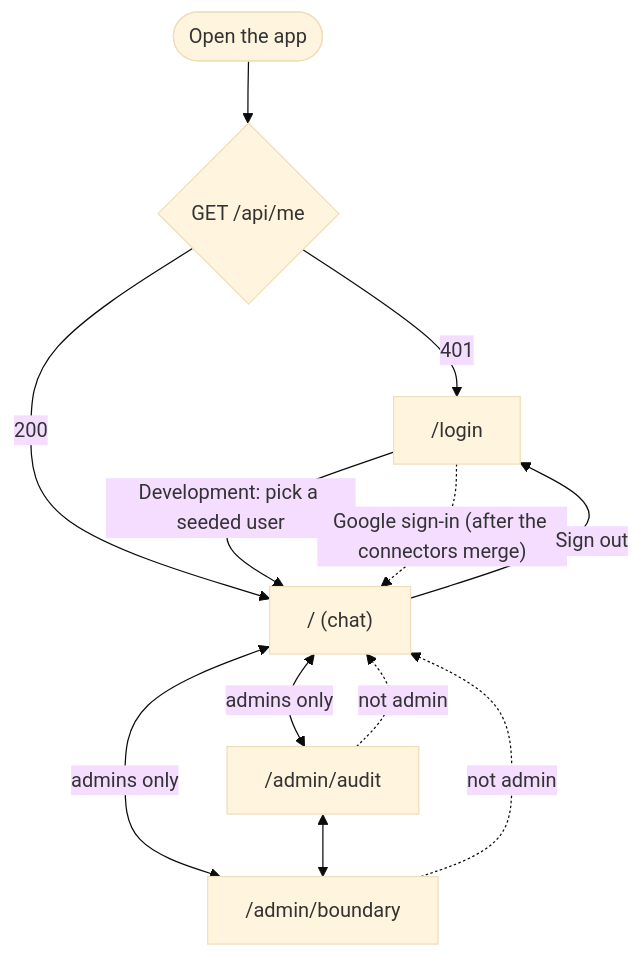
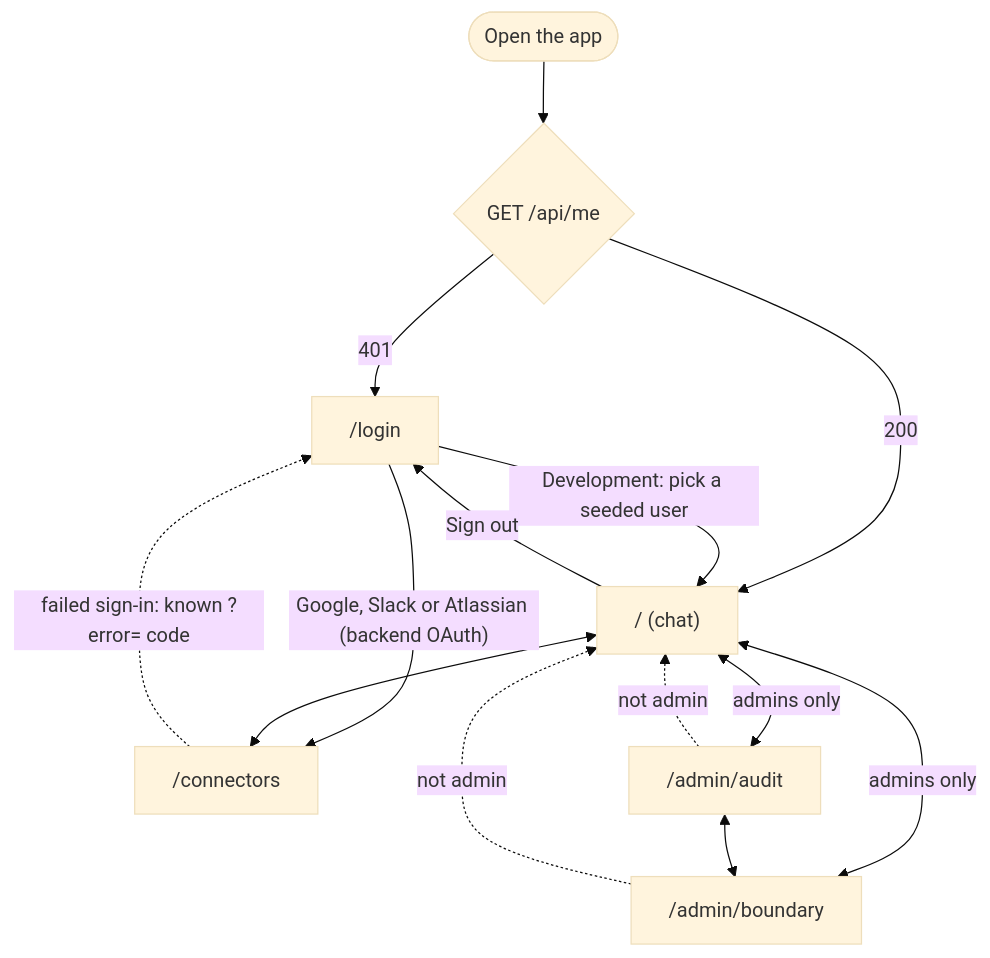
The diagram in frontend/README.md (gabriel-wan/tencent-hackathon-fintech), drawn with Mermaid (base theme) before and after one commit. The commit also changed other lines of this file, not shown here.

First line of the commit message:
docs(frontend): update the README after the connectors merge

````diff
--- a/frontend/README.md
+++ b/frontend/README.md
@@ -38,14 +38,16 @@
 ```mermaid
 flowchart TD
     START(["Open the app"]) --> ME{"GET /api/me"}
     ME -->|"401"| LOGIN["/login"]
     ME -->|"200"| CHAT["/ (chat)"]
     LOGIN -->|"Development: pick a seeded user"| CHAT
-    LOGIN -.->|"Google sign-in (after the connectors merge)"| CHAT
+    LOGIN -->|"Google, Slack or Atlassian (backend OAuth)"| CONN["/connectors"]
+    CONN -.->|"failed sign-in: known ?error= code"| LOGIN
+    CHAT <--> CONN
     CHAT <-->|"admins only"| AUDIT["/admin/audit"]
     CHAT <-->|"admins only"| BOUND["/admin/boundary"]
     AUDIT <--> BOUND
     CHAT -->|"Sign out"| LOGIN
     AUDIT -.->|"not admin"| CHAT
     BOUND -.->|"not admin"| CHAT
 ```
````
